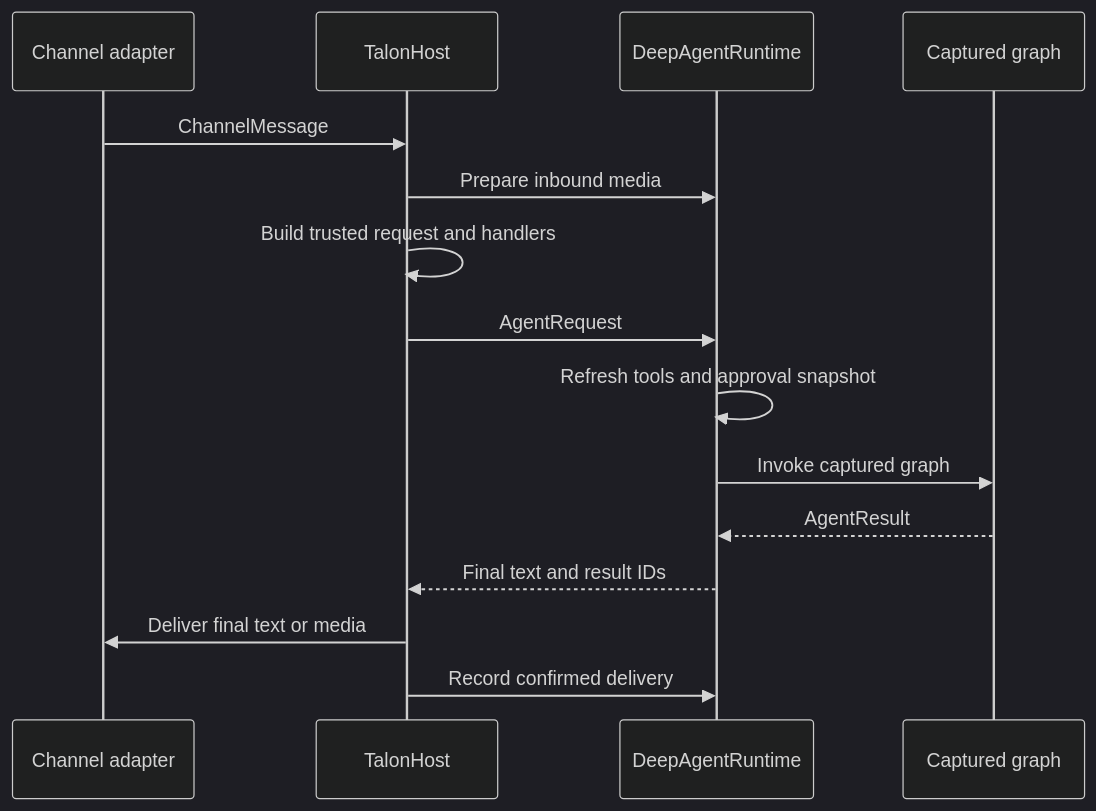
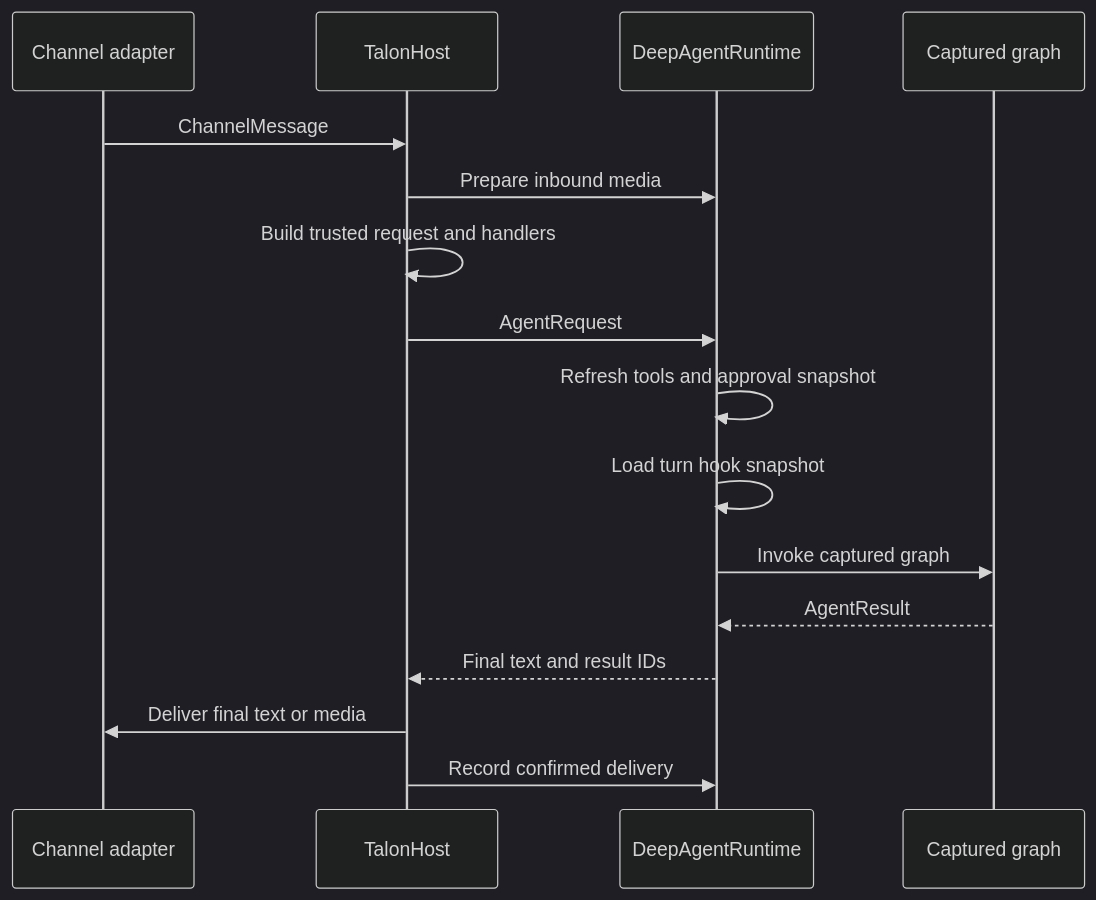
Before and after one commit to langchain-ai/deepagents: the second of 4 diagrams in openwiki/integrations/talon.md, drawn with Mermaid (dark theme). The commit also changed other lines of this file and 33 other files, not shown here.

````diff
--- a/openwiki/integrations/talon.md
+++ b/openwiki/integrations/talon.md
@@ -106,17 +98,18 @@
 ```mermaid
 sequenceDiagram
     participant Adapter as Channel adapter
     participant Host as TalonHost
     participant Runtime as DeepAgentRuntime
     participant Graph as Captured graph
     Adapter->>Host: ChannelMessage
     Host->>Runtime: Prepare inbound media
     Host->>Host: Build trusted request and handlers
     Host->>Runtime: AgentRequest
     Runtime->>Runtime: Refresh tools and approval snapshot
+    Runtime->>Runtime: Load turn hook snapshot
     Runtime->>Graph: Invoke captured graph
     Graph-->>Runtime: AgentResult
     Runtime-->>Host: Final text and result IDs
     Host->>Adapter: Deliver final text or media
     Host->>Runtime: Record confirmed delivery
 ```
````
